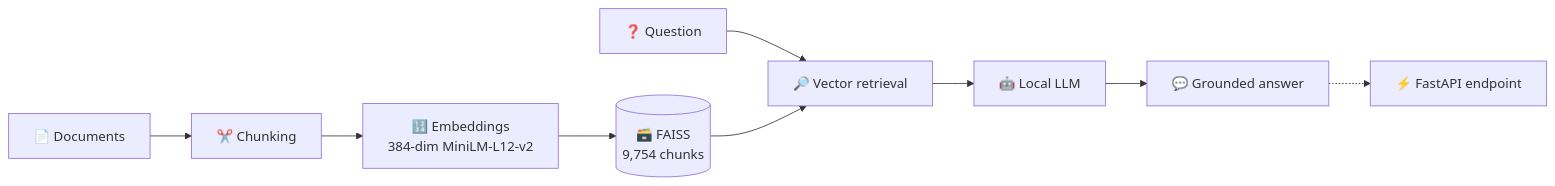
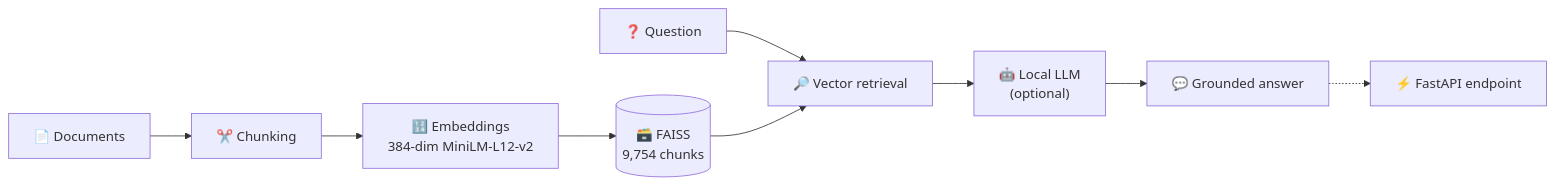
One commit to Monish03905/Monish03905 changed the third of 5 diagrams in README.md. Above: the diagram before and after it, drawn with Mermaid. The commit also changed other lines of this file, not shown here.

````diff
--- a/README.md
+++ b/README.md
@@ -203,11 +208,11 @@
 ```mermaid
 flowchart LR
     D["📄 Documents"] --> C["✂️ Chunking"]
     C --> E["🔢 Embeddings<br/>384-dim MiniLM-L12-v2"]
     E --> F[("🗃️ FAISS<br/>9,754 chunks")]
     Q["❓ Question"] --> R["🔎 Vector retrieval"]
     F --> R
-    R --> L["🤖 Local LLM"]
+    R --> L["🤖 Local LLM<br/>(optional)"]
     L --> A["💬 Grounded answer"]
     A -.-> API["⚡ FastAPI endpoint"]
 ```
````
